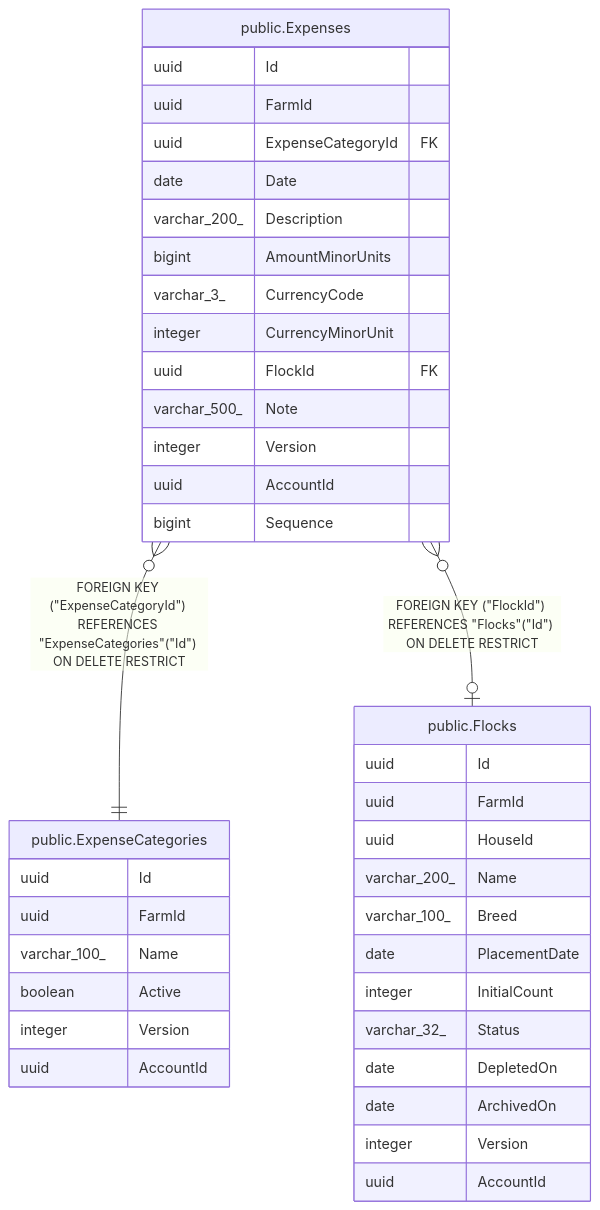
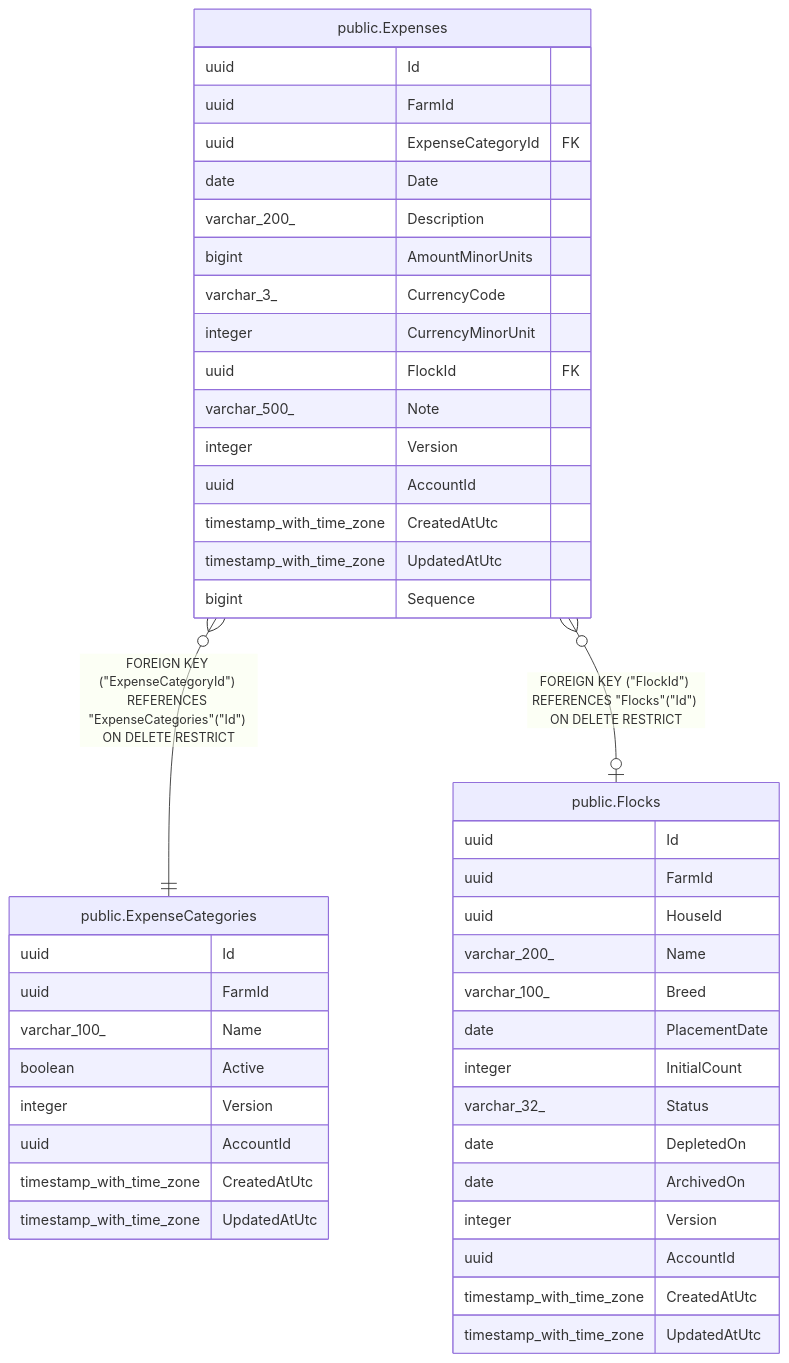
Before and after one commit to mforce/cluckwork: the diagram in docs/schema/public.Expenses.md, drawn with Mermaid. The commit also changed other lines of this file and 110 other files, not shown here.

````diff
--- a/docs/schema/public.Expenses.md
+++ b/docs/schema/public.Expenses.md
@@ -58,44 +69,50 @@
 ```mermaid
 erDiagram
 
 "public.Expenses" }o--|| "public.ExpenseCategories" : "FOREIGN KEY (#quot;ExpenseCategoryId#quot;) REFERENCES #quot;ExpenseCategories#quot;(#quot;Id#quot;) ON DELETE RESTRICT"
 "public.Expenses" }o--o| "public.Flocks" : "FOREIGN KEY (#quot;FlockId#quot;) REFERENCES #quot;Flocks#quot;(#quot;Id#quot;) ON DELETE RESTRICT"
 
 "public.Expenses" {
   uuid Id
   uuid FarmId
   uuid ExpenseCategoryId FK
   date Date
   varchar_200_ Description
   bigint AmountMinorUnits
   varchar_3_ CurrencyCode
   integer CurrencyMinorUnit
   uuid FlockId FK
   varchar_500_ Note
   integer Version
   uuid AccountId
+  timestamp_with_time_zone CreatedAtUtc
+  timestamp_with_time_zone UpdatedAtUtc
   bigint Sequence
 }
 "public.ExpenseCategories" {
   uuid Id
   uuid FarmId
   varchar_100_ Name
   boolean Active
   integer Version
   uuid AccountId
+  timestamp_with_time_zone CreatedAtUtc
+  timestamp_with_time_zone UpdatedAtUtc
 }
 "public.Flocks" {
   uuid Id
   uuid FarmId
   uuid HouseId
   varchar_200_ Name
   varchar_100_ Breed
   date PlacementDate
   integer InitialCount
   varchar_32_ Status
   date DepletedOn
   date ArchivedOn
   integer Version
   uuid AccountId
+  timestamp_with_time_zone CreatedAtUtc
+  timestamp_with_time_zone UpdatedAtUtc
 }
 ```
````
